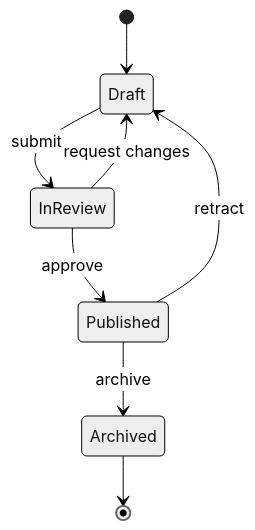
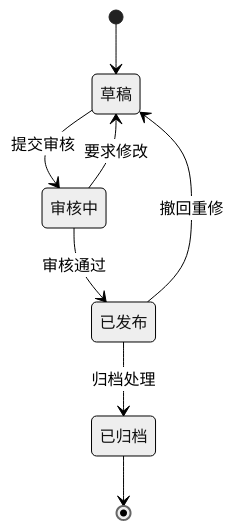
The fifth of 14 diagrams in src/content/posts/markdown-mermaid.md (Dawn6666666/Shirone), drawn with Mermaid (neutral theme) before and after one commit. The commit also changed other lines of this file and 28 other files, not shown here.

````diff
--- a/src/content/posts/markdown-mermaid.md
+++ b/src/content/posts/markdown-mermaid.md
@@ -122,12 +122,12 @@
 ```mermaid
 stateDiagram-v2
-    accTitle: Article lifecycle
-    accDescr: An article moves from draft to review and publication. It may return for revision or eventually be archived.
-    [*] --> Draft
-    Draft --> InReview : submit
-    InReview --> Draft : request changes
-    InReview --> Published : approve
-    Published --> Draft : retract
-    Published --> Archived : archive
-    Archived --> [*]
+    accTitle: 文章生命周期状态图
+    accDescr: 文章从草稿进入审核并发布，期间可撤回修改，或最终归档。
+    [*] --> 草稿
+    草稿 --> 审核中 : 提交审核
+    审核中 --> 草稿 : 要求修改
+    审核中 --> 已发布 : 审核通过
+    已发布 --> 草稿 : 撤回重修
+    已发布 --> 已归档 : 归档处理
+    已归档 --> [*]
 ```
````
